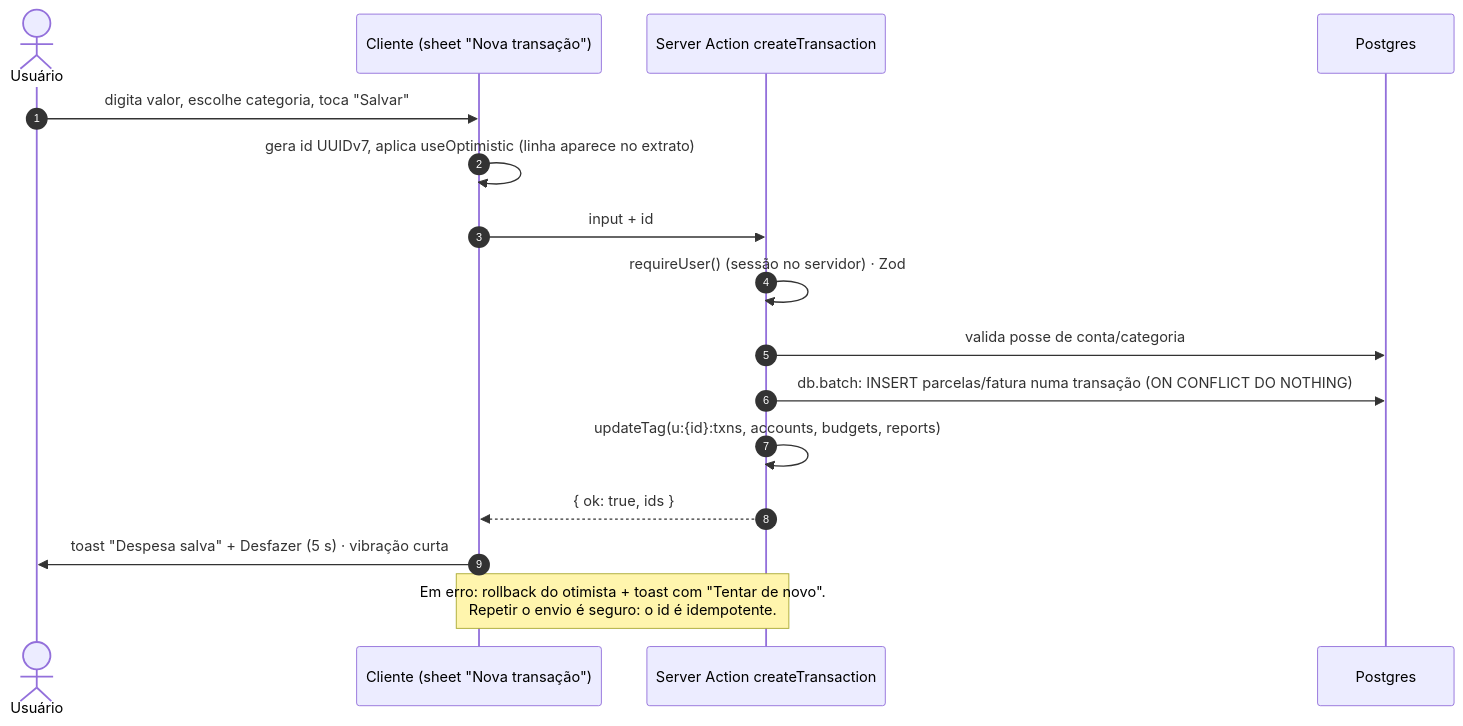
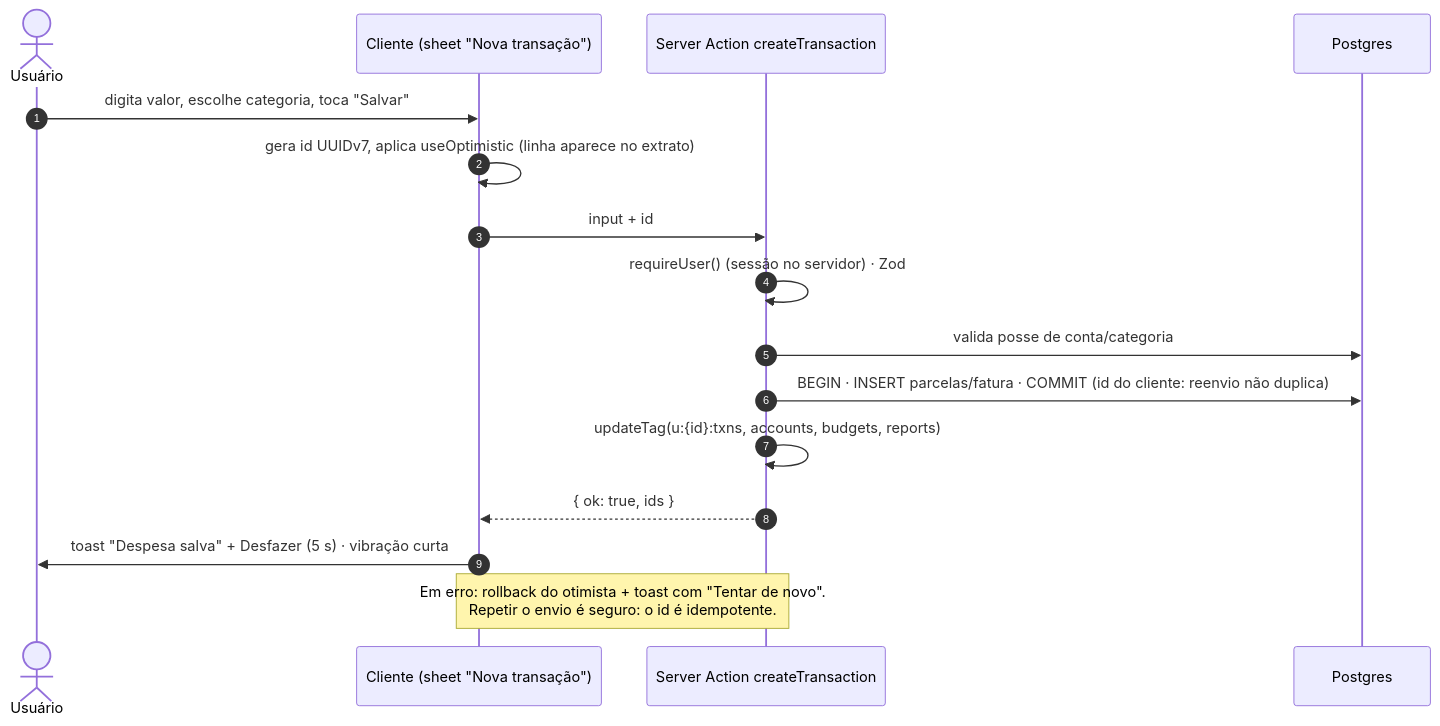
One commit to victorgabriel08fs/meu-finan changed the second of 3 diagrams in docs/01-system-design.md. Above: the diagram before and after it, drawn with Mermaid. The commit also changed other lines of this file and 1 other file, not shown here.

````diff
--- a/docs/01-system-design.md
+++ b/docs/01-system-design.md
@@ -158,18 +158,18 @@
 ```mermaid
 sequenceDiagram
   autonumber
   actor U as Usuário
   participant C as Cliente (sheet "Nova transação")
   participant A as Server Action createTransaction
   participant DB as Postgres
   U->>C: digita valor, escolhe categoria, toca "Salvar"
   C->>C: gera id UUIDv7, aplica useOptimistic (linha aparece no extrato)
   C->>A: input + id
   A->>A: requireUser() (sessão no servidor) · Zod
   A->>DB: valida posse de conta/categoria
-  A->>DB: db.batch: INSERT parcelas/fatura numa transação (ON CONFLICT DO NOTHING)
+  A->>DB: BEGIN · INSERT parcelas/fatura · COMMIT (id do cliente: reenvio não duplica)
   A->>A: updateTag(u:{id}:txns, accounts, budgets, reports)
   A-->>C: { ok: true, ids }
   C->>U: toast "Despesa salva" + Desfazer (5 s) · vibração curta
   Note over C,A: Em erro: rollback do otimista + toast com "Tentar de novo".<br/>Repetir o envio é seguro: o id é idempotente.
 ```
````
